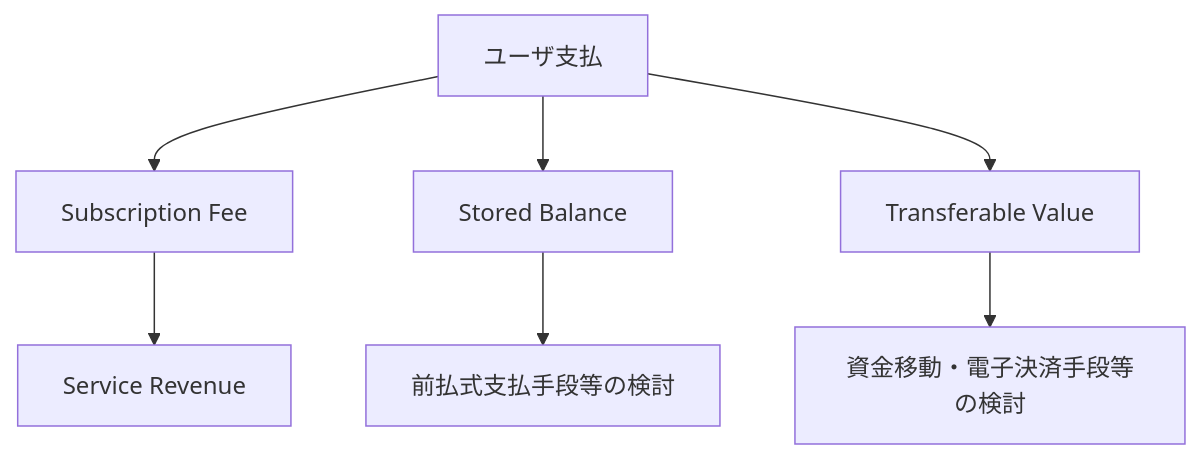
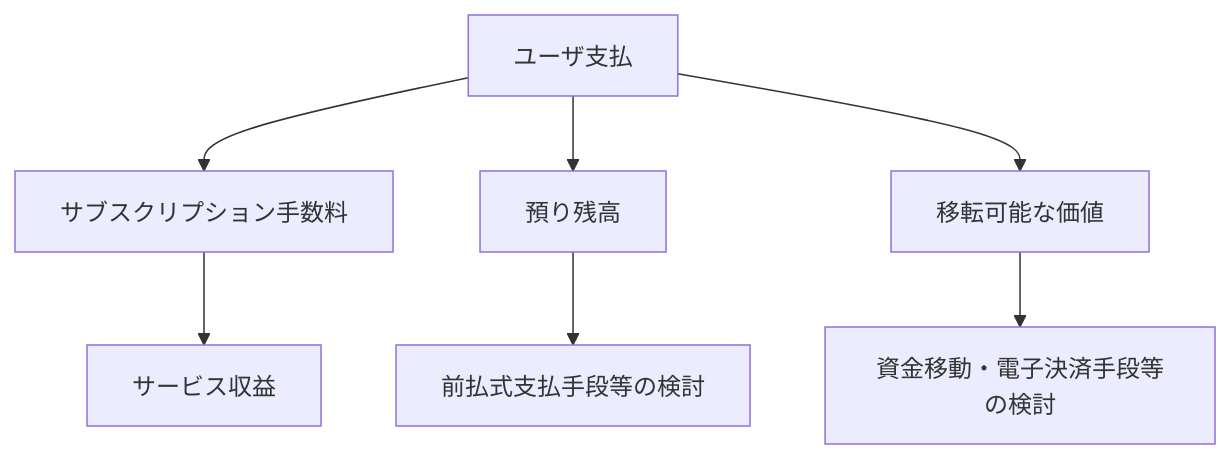
One commit to ShigeichiroYamasaki/creator-first-platform changed the tenth of 45 diagrams in docs/whitepaper/11-legal-sto-tax.md. Above: the diagram before and after it, drawn with Mermaid. The commit also changed other lines of this file and 72 other files, not shown here.

````diff
--- a/docs/whitepaper/11-legal-sto-tax.md
+++ b/docs/whitepaper/11-legal-sto-tax.md
@@ -281,11 +281,11 @@
 ```mermaid
 flowchart TD
     USER[ユーザ支払]
-    USER --> SUB[Subscription Fee]
-    USER --> BALANCE[Stored Balance]
-    USER --> TRANSFER[Transferable Value]
+    USER --> SUB[サブスクリプション手数料]
+    USER --> BALANCE[預り残高]
+    USER --> TRANSFER[移転可能な価値]
 
-    SUB --> SERVICE[Service Revenue]
+    SUB --> SERVICE[サービス収益]
     BALANCE --> REVIEW1[前払式支払手段等の検討]
     TRANSFER --> REVIEW2[資金移動・電子決済手段等の検討]
 ```
````
